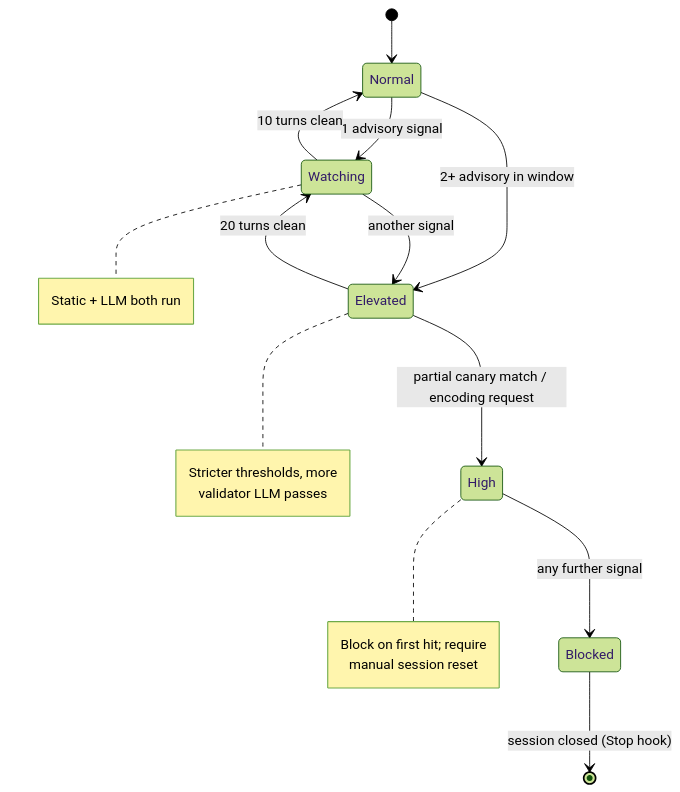
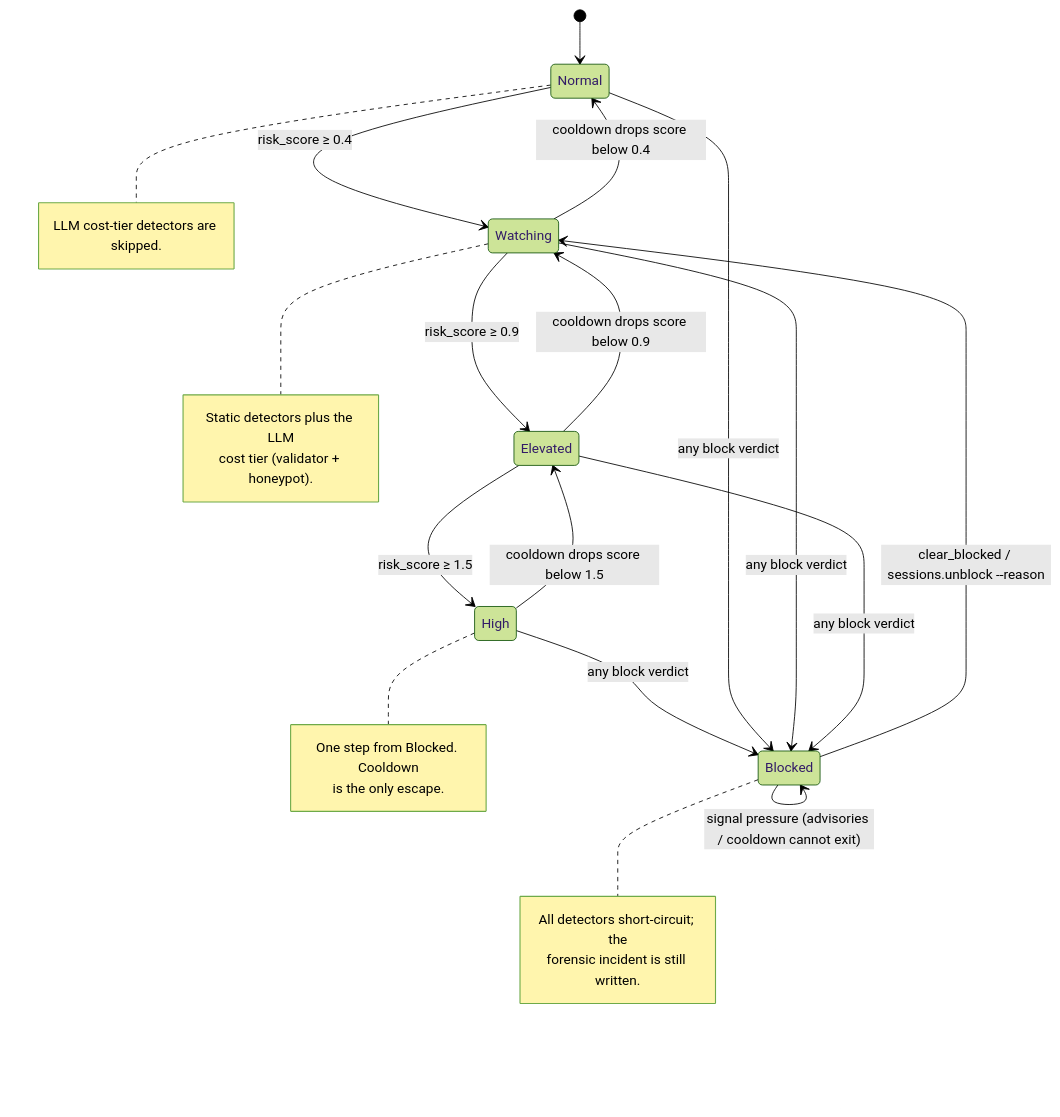
The fourth of 5 diagrams in docs/architecture/diagrams.md (tkdtaylor/armor), drawn with Mermaid (forest theme) before and after one commit. The commit also changed other lines of this file and 95 other files, not shown here.

````diff
--- a/docs/architecture/diagrams.md
+++ b/docs/architecture/diagrams.md
@@ -126,26 +138,35 @@
 ```mermaid
 stateDiagram-v2
     [*] --> Normal
-    Normal --> Watching: 1 advisory signal
-    Normal --> Elevated: 2+ advisory in window
-    Watching --> Normal: 10 turns clean
-    Watching --> Elevated: another signal
-    Elevated --> High: partial canary match / encoding request
-    Elevated --> Watching: 20 turns clean
-    High --> Blocked: any further signal
-    Blocked --> [*]: session closed (Stop hook)
+    Normal --> Watching: risk_score ≥ 0.4
+    Watching --> Elevated: risk_score ≥ 0.9
+    Elevated --> High: risk_score ≥ 1.5
+    High --> Blocked: any block verdict
+    Normal --> Blocked: any block verdict
+    Watching --> Blocked: any block verdict
+    Elevated --> Blocked: any block verdict
+    Watching --> Normal: cooldown drops score below 0.4
+    Elevated --> Watching: cooldown drops score below 0.9
+    High --> Elevated: cooldown drops score below 1.5
+    Blocked --> Watching: clear_blocked / sessions.unblock --reason
+    Blocked --> Blocked: signal pressure (advisories / cooldown cannot exit)
+
+    note right of Normal
+        LLM cost-tier detectors are skipped.
+    end note
 
     note right of Watching
-        Static + LLM both run
-    end note
-
-    note right of Elevated
-        Stricter thresholds, more
-        validator LLM passes
+        Static detectors plus the LLM
+        cost tier (validator + honeypot).
     end note
 
     note right of High
-        Block on first hit; require
-        manual session reset
+        One step from Blocked. Cooldown
+        is the only escape.
+    end note
+
+    note right of Blocked
+        All detectors short-circuit; the
+        forensic incident is still written.
     end note
 ```
````
